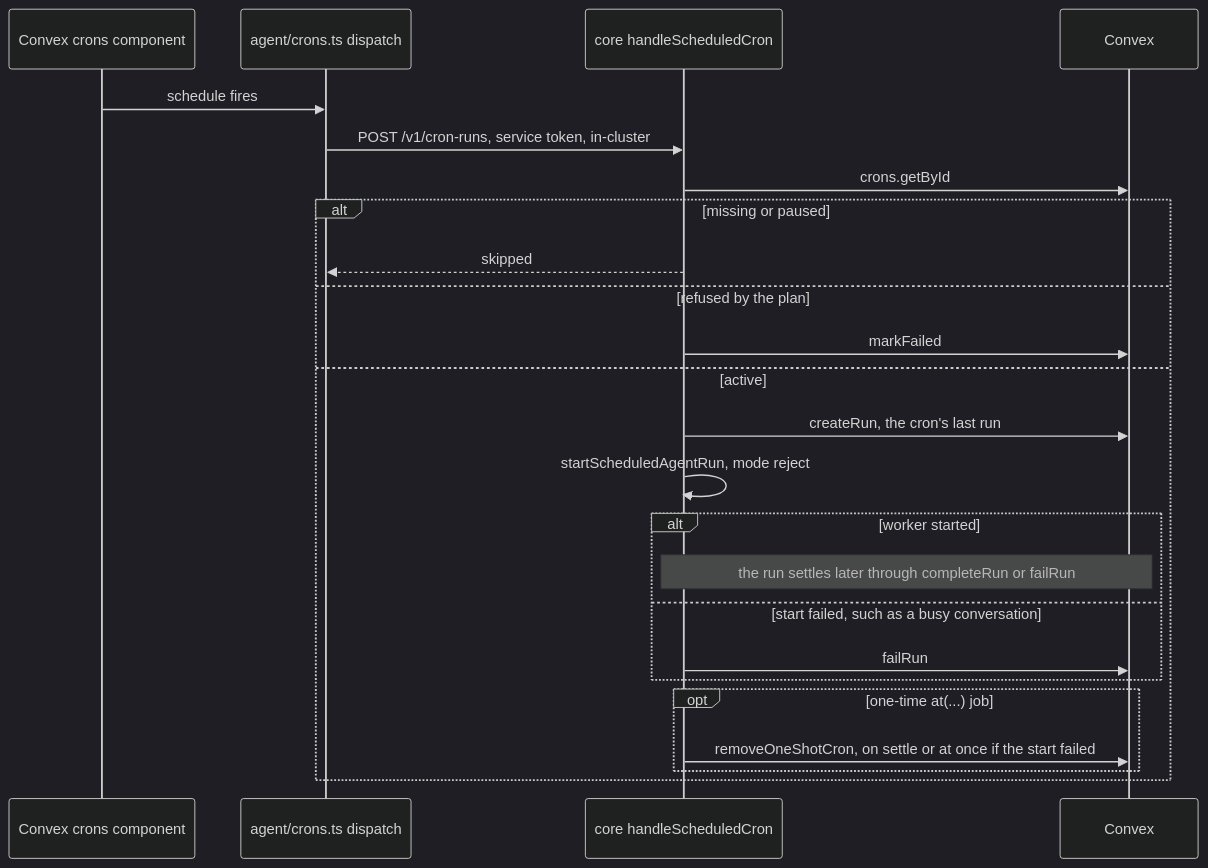
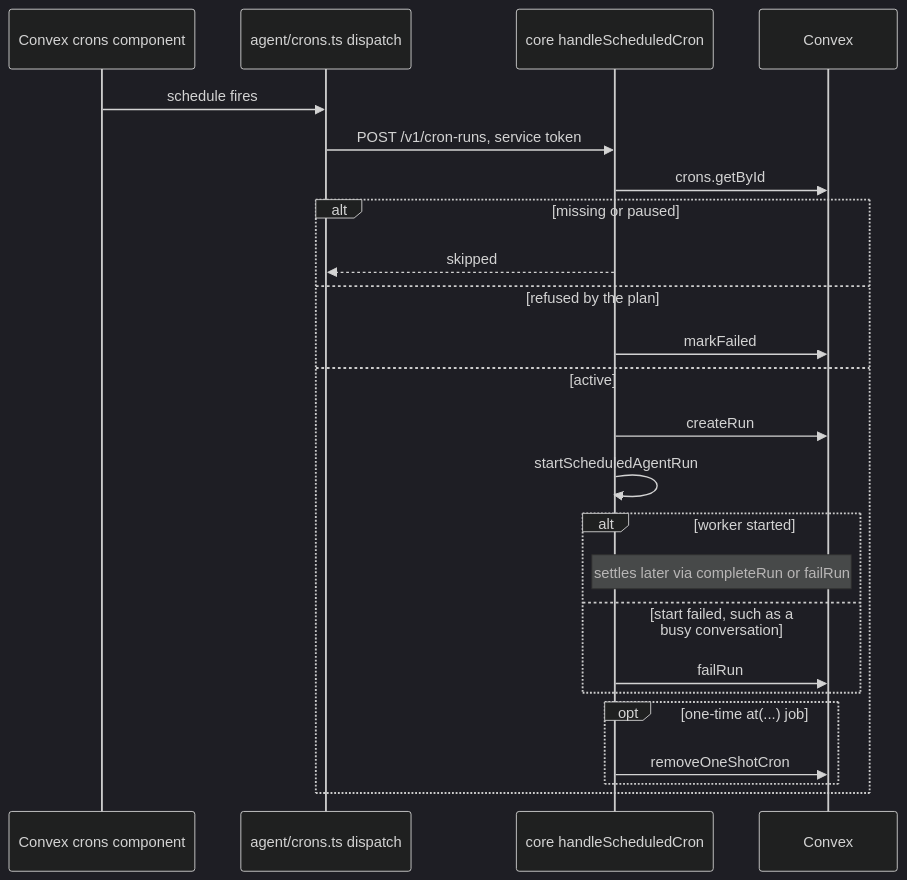
Before and after one commit to beeblastco/broods: the fifth of 11 diagrams in apps/docs/docs/internals/architecture.md, drawn with Mermaid (dark theme). The commit also changed other lines of this file and 22 other files, not shown here.

First line of the commit message:
docs: fold the Cloudflare pages into their sections, rewrite internals diagram-first (#1010)

````diff
--- a/apps/docs/docs/internals/architecture.md
+++ b/apps/docs/docs/internals/architecture.md
@@ -180,26 +134,26 @@
 ```mermaid
 sequenceDiagram
   participant S as Convex crons component
   participant D as agent/crons.ts dispatch
   participant H as core handleScheduledCron
   participant X as Convex
   S->>D: schedule fires
-  D->>H: POST /v1/cron-runs, service token, in-cluster
+  D->>H: POST /v1/cron-runs, service token
   H->>X: crons.getById
   alt missing or paused
     H-->>D: skipped
   else refused by the plan
     H->>X: markFailed
   else active
-    H->>X: createRun, the cron's last run
-    H->>H: startScheduledAgentRun, mode reject
+    H->>X: createRun
+    H->>H: startScheduledAgentRun
     alt worker started
-      Note over H,X: the run settles later through completeRun or failRun
+      Note over H,X: settles later via completeRun or failRun
     else start failed, such as a busy conversation
       H->>X: failRun
     end
     opt one-time at(...) job
-      H->>X: removeOneShotCron, on settle or at once if the start failed
+      H->>X: removeOneShotCron
     end
   end
 ```
````
